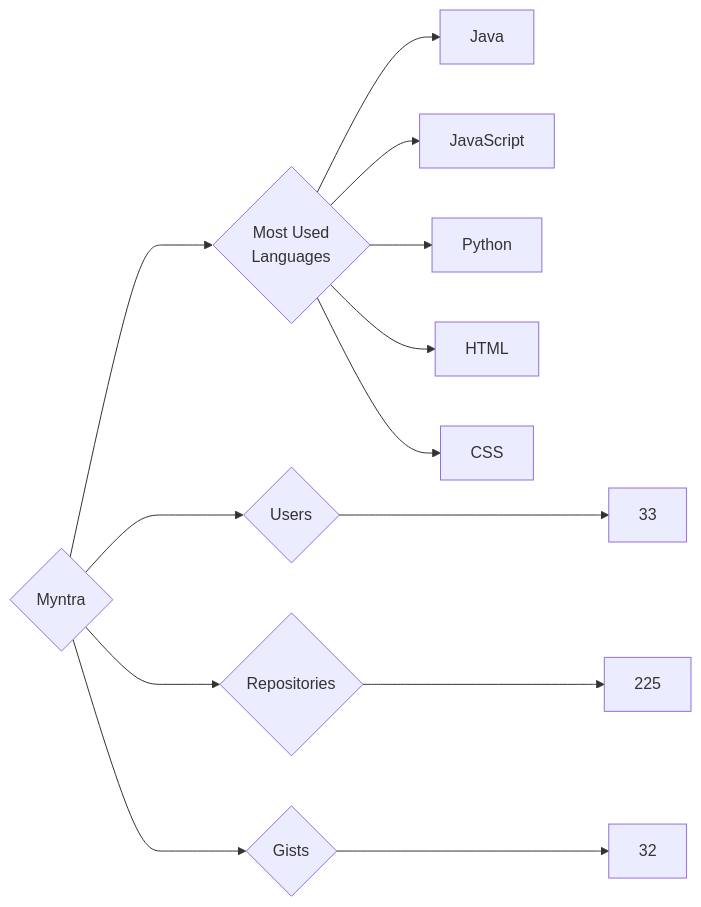
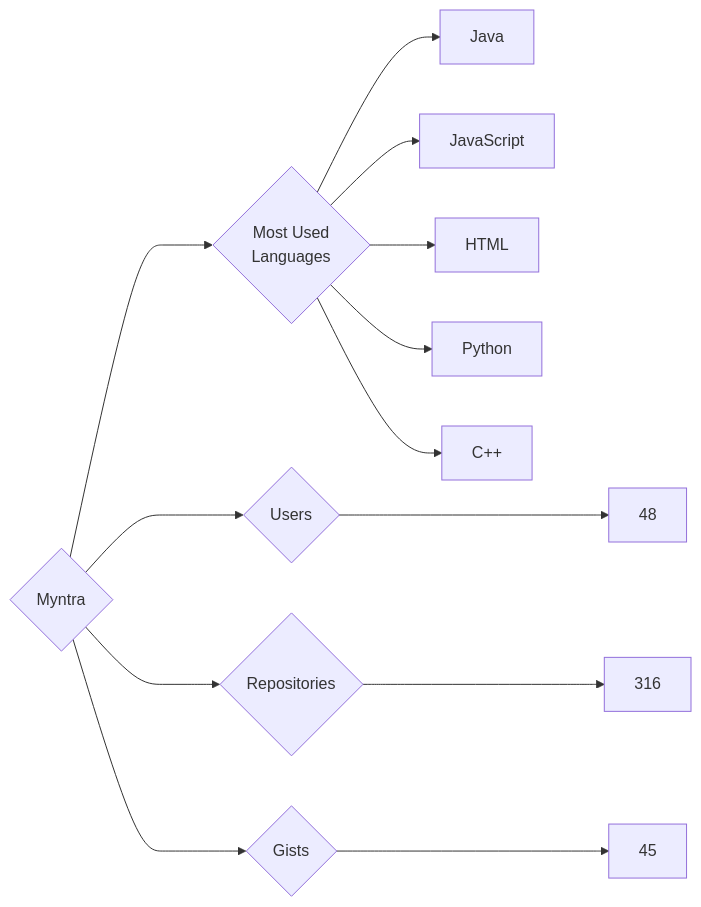
Before and after one commit to trickest/insiders: the diagram in targets/Myntra/README.md, drawn with Mermaid. The commit also changed 973 other files, not shown here.

````diff
--- a/targets/Myntra/README.md
+++ b/targets/Myntra/README.md
@@ -3,13 +3,13 @@
 ```mermaid
 graph LR
 COMPANY_NAME{Myntra}
-COMPANY_NAME ---> U{Users} ---> UN[33]
-COMPANY_NAME ---> R{Repositories} ---> RN[225]
-COMPANY_NAME ---> G{Gists} ---> GN[32]
+COMPANY_NAME ---> U{Users} ---> UN[48]
+COMPANY_NAME ---> R{Repositories} ---> RN[316]
+COMPANY_NAME ---> G{Gists} ---> GN[45]
 COMPANY_NAME ---> ML{Most Used<br>Languages}
 ML --> Java[Java]
 ML --> JavaScript[JavaScript]
+ML --> HTML[HTML]
 ML --> Python[Python]
-ML --> HTML[HTML]
-ML --> CSS[CSS]
+ML --> C++[C++]
 ```
````
